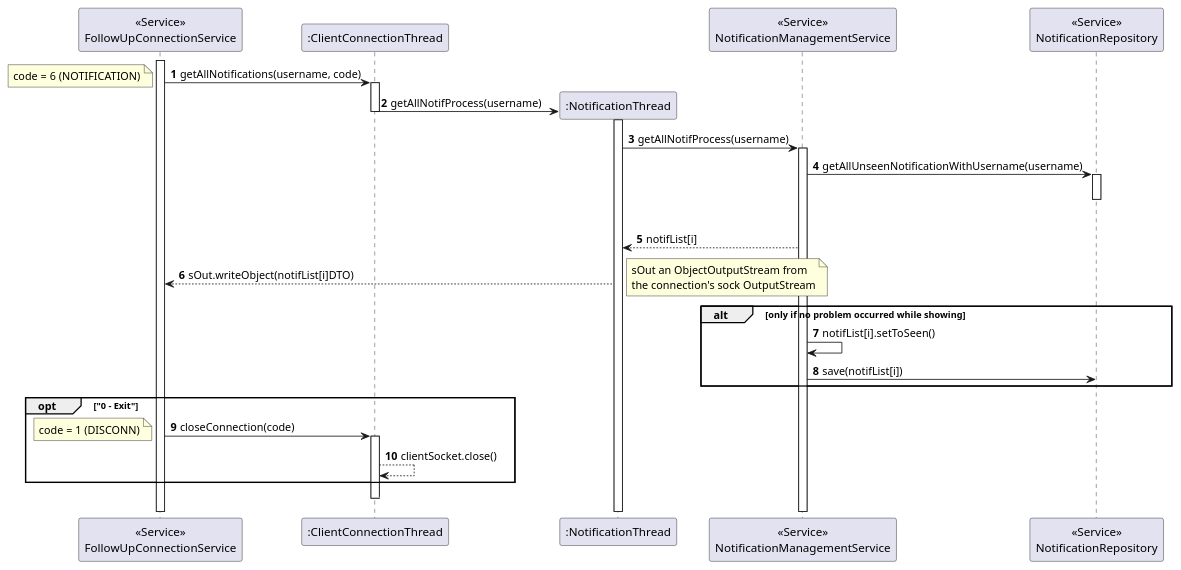
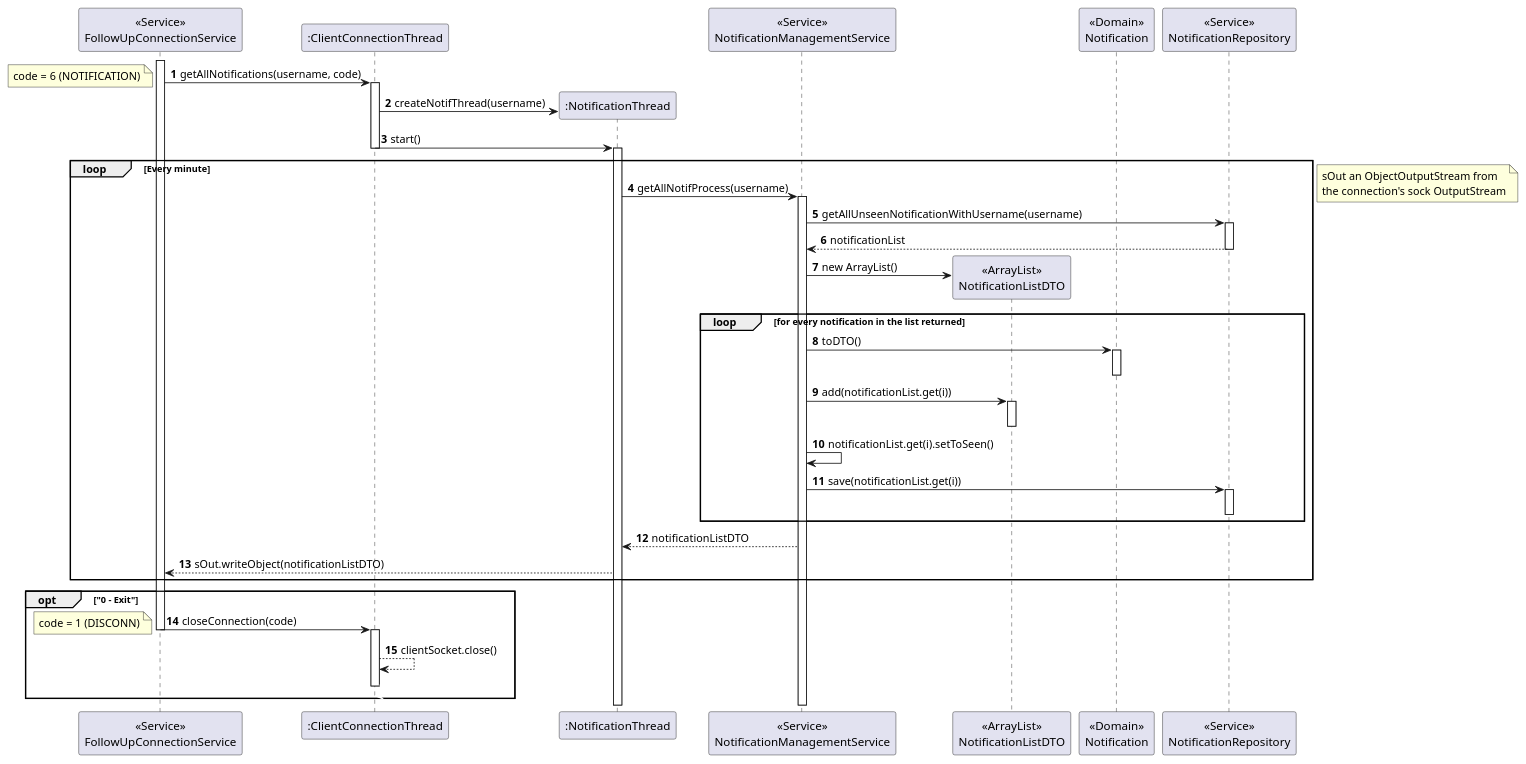
Before and after one commit to rita-barbosa/LAPR4-2324: the diagram in docs/sprint-c/us_3001/US3001_SD/US3001_SD_Server_To_Repo.puml, drawn with PlantUML. The commit also changed 1 other file, not shown here.

```diff
--- a/docs/sprint-c/us_3001/US3001_SD/US3001_SD_Server_To_Repo.puml
+++ b/docs/sprint-c/us_3001/US3001_SD/US3001_SD_Server_To_Repo.puml
@@ -1,81 +1,106 @@
 @startuml
 'https://plantuml.com/sequence-diagram
 
 autonumber
 
 participant "<<Service>>\nFollowUpConnectionService" as SER
 participant ":ClientConnectionThread" as CLITHREAD
 participant ":NotificationThread" as THREAD
 participant "<<Service>>\nNotificationManagementService" as NS
+participant "<<ArrayList>>\nNotificationListDTO" as LIST
+participant "<<Domain>>\nNotification" as N
 participant "<<Service>>\nNotificationRepository" as NREPO
 
 activate SER
 
             SER -> CLITHREAD : getAllNotifications(username, code)
 
             note left
             code = 6 (NOTIFICATION)
             end note
 
             activate CLITHREAD
 
-                CLITHREAD -> THREAD** : getAllNotifProcess(username)
+                CLITHREAD -> THREAD** : createNotifThread(username)
+
+                CLITHREAD -> THREAD : start()
 
             deactivate CLITHREAD
 
             activate THREAD
+
+                loop Every minute
 
                 THREAD -> NS : getAllNotifProcess(username)
 
                 activate NS
 
                     NS -> NREPO : getAllUnseenNotificationWithUsername(username)
 
                     activate NREPO
 
+                        NREPO --> NS : notificationList
+
                     deactivate NREPO
 
-                    loop for each notif in the list and while user doesn't leave
+                            NS -> LIST**: new ArrayList()
 
-                        NS --> THREAD : notifList[i]
+                            loop for every notification in the list returned
 
-                        THREAD --> SER : sOut.writeObject(notifList[i]DTO)
+                                NS -> N : toDTO()
+
+                                activate N
+
+                                deactivate N
+
+                                NS -> LIST : add(notificationList.get(i))
+
+                                activate LIST
+
+                                deactivate LIST
+
+                                NS -> NS : notificationList.get(i).setToSeen()
+
+                                NS -> NREPO : save(notificationList.get(i))
+
+                                activate NREPO
+
+                                deactivate NREPO
+
+                            end
+
+                        NS --> THREAD : notificationListDTO
+
+                        THREAD --> SER : sOut.writeObject(notificationListDTO)
+
+                        end
 
                         note right
                         sOut an ObjectOutputStream from
                         the connection's sock OutputStream
                         end note
 
-                        alt only if no problem occurred while showing
-
-                            NS -> NS : notifList[i].setToSeen()
-
-                            NS -> NREPO : save(notifList[i])
-
-                        end
-
-                        activate NREPO
-
-                        deactivate NREPO
-
-                        opt "0 - Exit"
-
-                        SER -> CLITHREAD : closeConnection(code)
-
-                        activate CLITHREAD
-                        note left
-                        code = 1 (DISCONN)
-                        end note
-
-                        CLITHREAD --> CLITHREAD : clientSocket.close()
-
-                        end
-
-                        autonumber stop
-                        CLITHREAD -[#white]> CLITHREAD
-                        deactivate CLITHREAD
 
 
-                        autonumber resume
+                       opt "0 - Exit"
+
+                       SER -> CLITHREAD : closeConnection(code)
+                       deactivate SER
+                       activate CLITHREAD
+                       note left
+                       code = 1 (DISCONN)
+                       end note
+
+                       CLITHREAD --> CLITHREAD : clientSocket.close()
+
+                       autonumber stop
+                       CLITHREAD -[#white]> CLITHREAD
+                       deactivate CLITHREAD
+
+
+                       autonumber resume
+
+                       end opt
+
 
 @enduml
```
